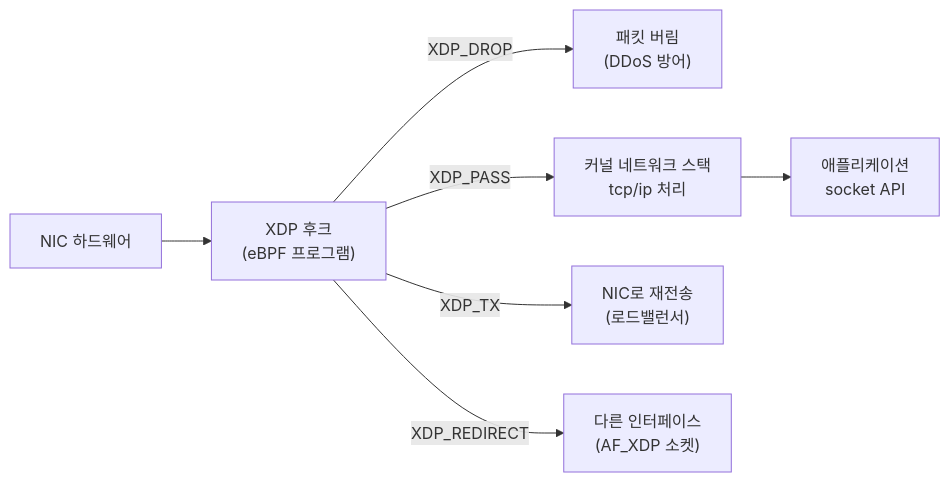
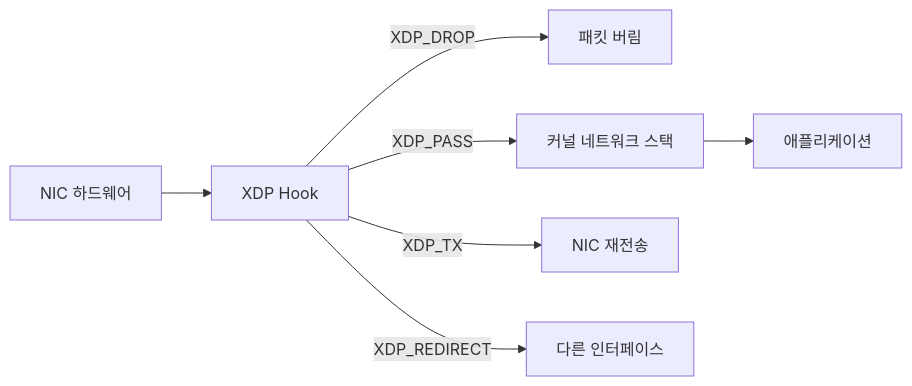
One commit to moonblueblue/devops-wiki changed the fifth of 7 diagrams in content/linux/performance/network-performance.md. Above: the diagram before and after it, drawn with Mermaid. The commit also changed other lines of this file and 12 other files, not shown here.

First line of the commit message:
style: linux 섹션 전체 ASCII art 제거 및 Mermaid 규칙 적용

````diff
--- a/content/linux/performance/network-performance.md
+++ b/content/linux/performance/network-performance.md
@@ -672,9 +684,9 @@
 ```mermaid
 graph LR
-    NIC["NIC 하드웨어"] --> XDP["XDP 후크\n(eBPF 프로그램)"]
-    XDP -->|XDP_DROP| DROP["패킷 버림\n(DDoS 방어)"]
-    XDP -->|XDP_PASS| KERNEL["커널 네트워크 스택\ntcp/ip 처리"]
-    XDP -->|XDP_TX| RETX["NIC로 재전송\n(로드밸런서)"]
-    XDP -->|XDP_REDIRECT| OTHER["다른 인터페이스\n(AF_XDP 소켓)"]
-    KERNEL --> APP["애플리케이션\nsocket API"]
+    NIC["NIC 하드웨어"] --> XDP["XDP Hook"]
+    XDP -->|XDP_DROP| DROP["패킷 버림"]
+    XDP -->|XDP_PASS| KERNEL["커널 네트워크 스택"]
+    XDP -->|XDP_TX| RETX["NIC 재전송"]
+    XDP -->|XDP_REDIRECT| OTHER["다른 인터페이스"]
+    KERNEL --> APP["애플리케이션"]
 ```
````
